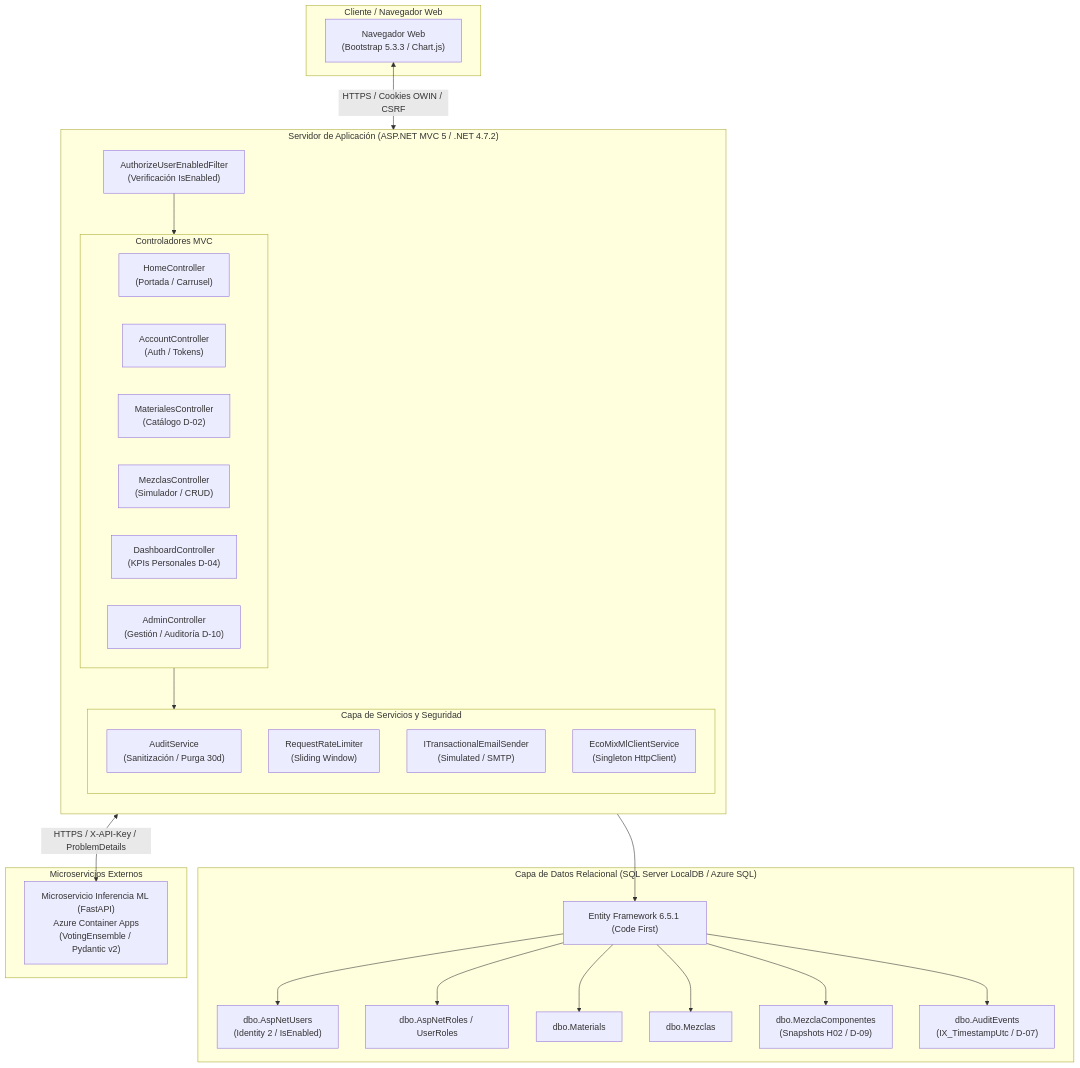
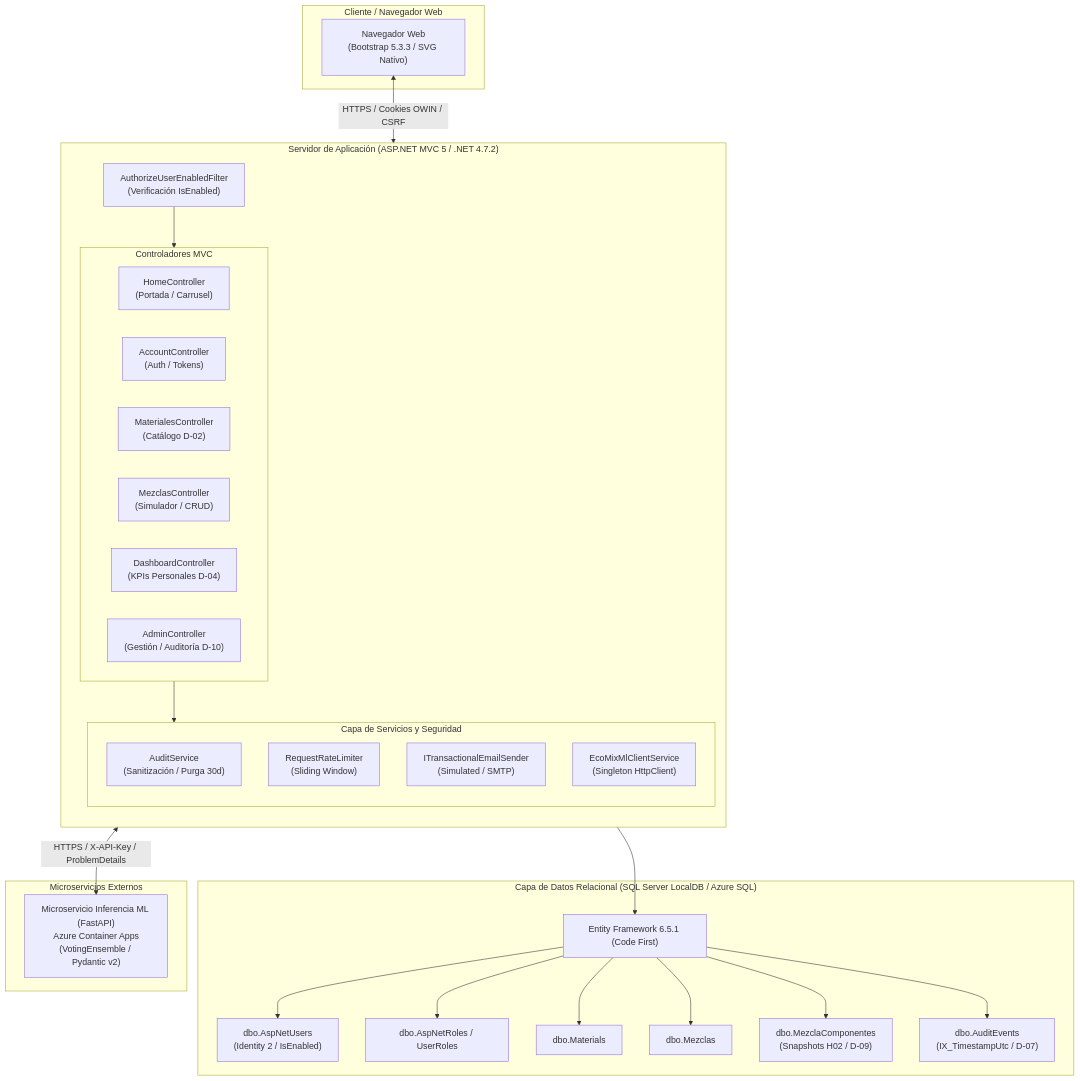
Before and after one commit to joeguillenl/EcomixIA: the first of 2 diagrams in docs/revisiones/SAD_v1.2_Revision_H05.md, drawn with Mermaid. The commit also changed 15 other files, not shown here.

````diff
--- a/docs/revisiones/SAD_v1.2_Revision_H05.md
+++ b/docs/revisiones/SAD_v1.2_Revision_H05.md
@@ -30,54 +30,54 @@
 ```mermaid
 flowchart TD
     subgraph Cliente ["Cliente / Navegador Web"]
-        Browser["Navegador Web\n(Bootstrap 5.3.3 / Chart.js)"]
+        Browser["Navegador Web\n(Bootstrap 5.3.3 / SVG Nativo)"]
     end
 
     subgraph AppServer ["Servidor de Aplicación (ASP.NET MVC 5 / .NET 4.7.2)"]
         direction TB
         GlobalFilter["AuthorizeUserEnabledFilter\n(Verificación IsEnabled)"]
         
         subgraph Controllers ["Controladores MVC"]
             HomeCtrl["HomeController\n(Portada / Carrusel)"]
             AccountCtrl["AccountController\n(Auth / Tokens)"]
             MatCtrl["MaterialesController\n(Catálogo D-02)"]
             MezclasCtrl["MezclasController\n(Simulador / CRUD)"]
             DashCtrl["DashboardController\n(KPIs Personales D-04)"]
             AdminCtrl["AdminController\n(Gestión / Auditoría D-10)"]
         end
 
         subgraph Services ["Capa de Servicios y Seguridad"]
             AuditSvc["AuditService\n(Sanitización / Purga 30d)"]
             RateLimit["RequestRateLimiter\n(Sliding Window)"]
             EmailSvc["ITransactionalEmailSender\n(Simulated / SMTP)"]
             MlClient["EcoMixMlClientService\n(Singleton HttpClient)"]
         end
     end
 
     subgraph DataTier ["Capa de Datos Relacional (SQL Server LocalDB / Azure SQL)"]
         EF6["Entity Framework 6.5.1 (Code First)"]
         TableUsers["dbo.AspNetUsers\n(Identity 2 / IsEnabled)"]
         TableRoles["dbo.AspNetRoles / UserRoles"]
         TableMat["dbo.Materials"]
         TableMezclas["dbo.Mezclas"]
         TableComp["dbo.MezclaComponentes\n(Snapshots H02 / D-09)"]
         TableAudit["dbo.AuditEvents\n(IX_TimestampUtc / D-07)"]
     end
 
     subgraph ExternalServices ["Microservicios Externos"]
         FastAPI["Microservicio Inferencia ML (FastAPI)\nAzure Container Apps\n(VotingEnsemble / Pydantic v2)"]
     end
 
     Browser <--> |"HTTPS / Cookies OWIN / CSRF"| GlobalFilter
     GlobalFilter --> Controllers
     Controllers --> Services
     Services --> EF6
     EF6 --> TableUsers
     EF6 --> TableRoles
     EF6 --> TableMat
     EF6 --> TableMezclas
     EF6 --> TableComp
     EF6 --> TableAudit
     
     MlClient <--> |"HTTPS / X-API-Key / ProblemDetails"| FastAPI
 ```
````
